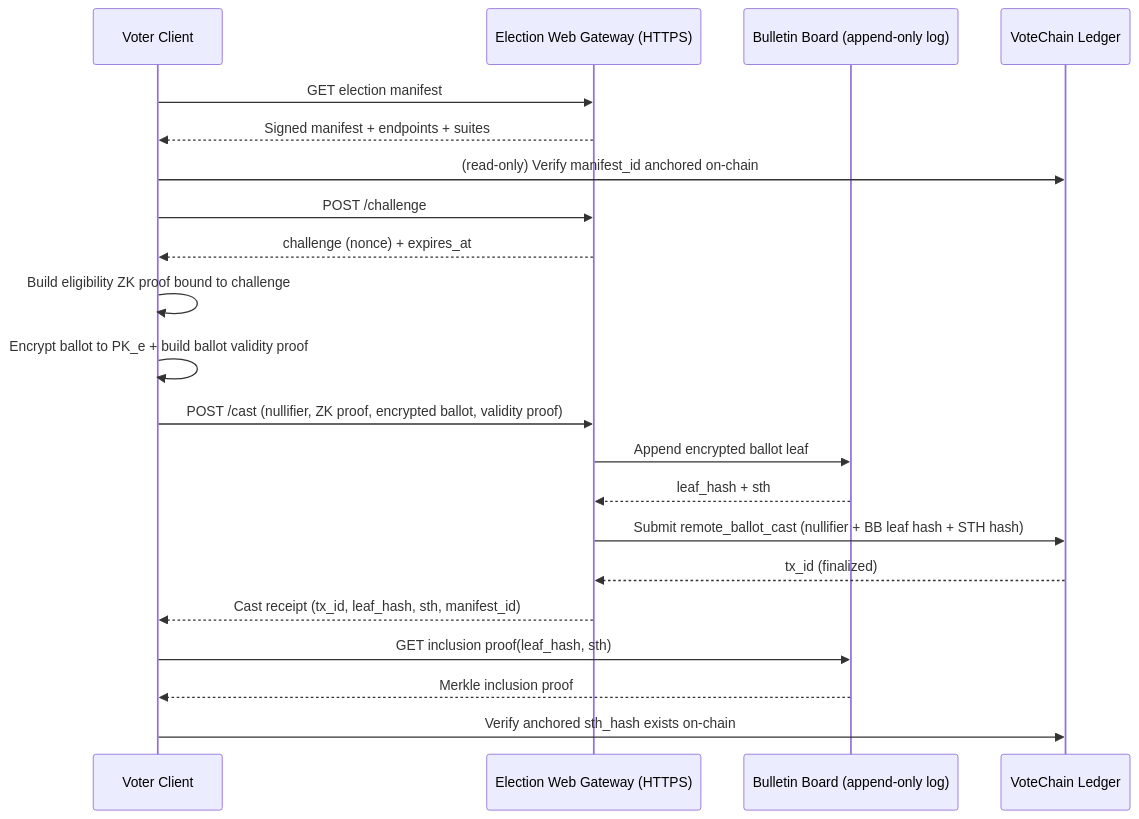
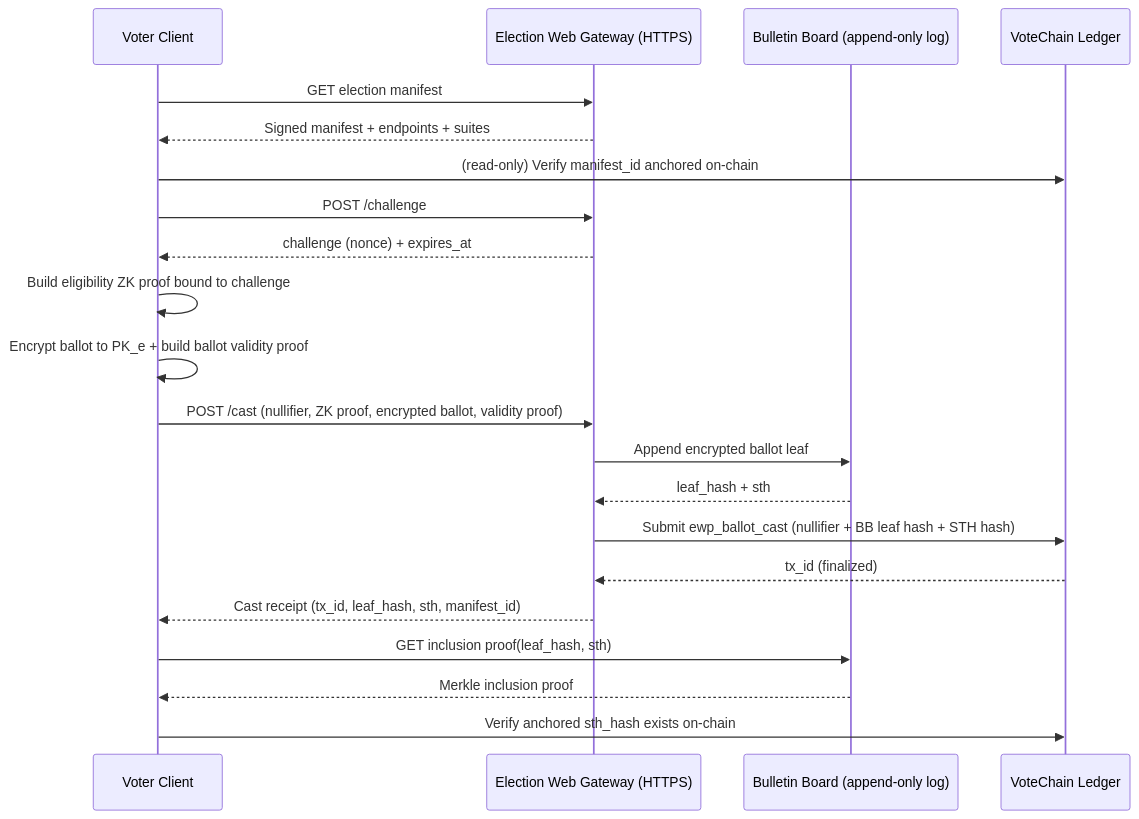
The diagram in PRD-VOTECHAIN-ELECTION-WEB-PROTOCOL.md (AbsurdityIndex/absurdityindex.org), drawn with Mermaid before and after one commit. The commit also changed other lines of this file and 149 other files, not shown here.

````diff
--- a/PRD-VOTECHAIN-ELECTION-WEB-PROTOCOL.md
+++ b/PRD-VOTECHAIN-ELECTION-WEB-PROTOCOL.md
@@ -250,28 +311,28 @@
 ```mermaid
 sequenceDiagram
   participant VC as Voter Client
   participant EWG as Election Web Gateway (HTTPS)
   participant BB as Bulletin Board (append-only log)
   participant VCL as VoteChain Ledger
 
   VC->>EWG: GET election manifest
   EWG-->>VC: Signed manifest + endpoints + suites
   VC->>VCL: (read-only) Verify manifest_id anchored on-chain
 
   VC->>EWG: POST /challenge
   EWG-->>VC: challenge (nonce) + expires_at
 
   VC->>VC: Build eligibility ZK proof bound to challenge
   VC->>VC: Encrypt ballot to PK_e + build ballot validity proof
 
   VC->>EWG: POST /cast (nullifier, ZK proof, encrypted ballot, validity proof)
   EWG->>BB: Append encrypted ballot leaf
   BB-->>EWG: leaf_hash + sth
-  EWG->>VCL: Submit remote_ballot_cast (nullifier + BB leaf hash + STH hash)
+  EWG->>VCL: Submit ewp_ballot_cast (nullifier + BB leaf hash + STH hash)
   VCL-->>EWG: tx_id (finalized)
   EWG-->>VC: Cast receipt (tx_id, leaf_hash, sth, manifest_id)
 
   VC->>BB: GET inclusion proof(leaf_hash, sth)
   BB-->>VC: Merkle inclusion proof
   VC->>VCL: Verify anchored sth_hash exists on-chain
 ```
````
